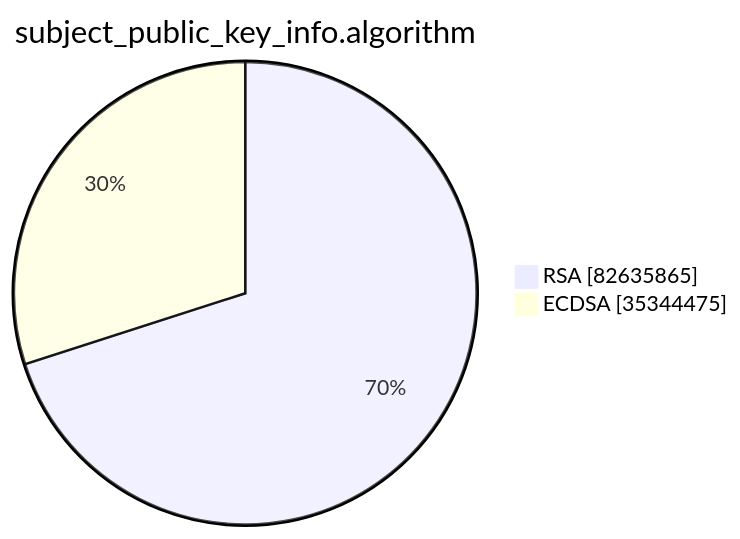
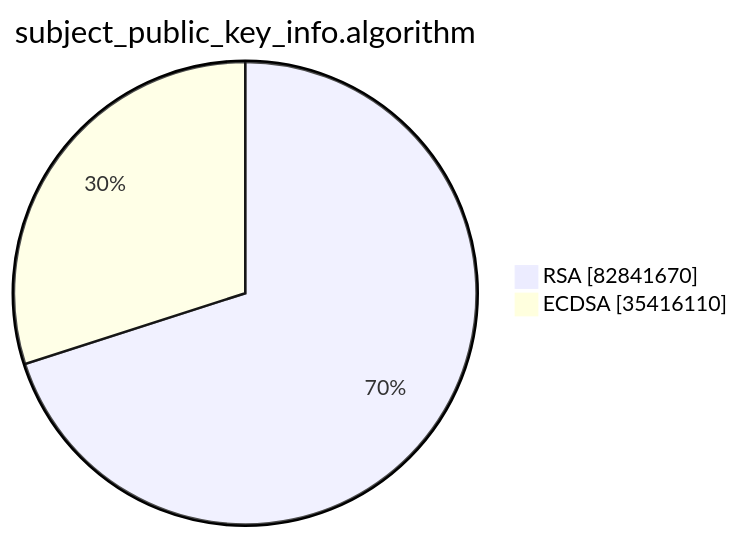
One commit to christiankrug/ctmonitor_visualization changed the second of 15 diagrams in argon2023/README.md. Above: the diagram before and after it, drawn with Mermaid. The commit also changed other lines of this file, not shown here.

````diff
--- a/argon2023/README.md
+++ b/argon2023/README.md
@@ -6,6 +6,6 @@
 ```mermaid
 pie showData
 title subject_public_key_info.algorithm
-"RSA" :82635865
-"ECDSA" :35344475
+"RSA" :82841670
+"ECDSA" :35416110
 ```
````
